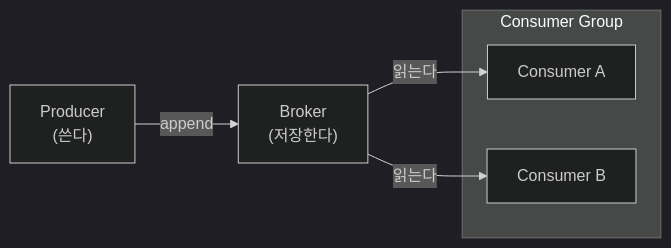
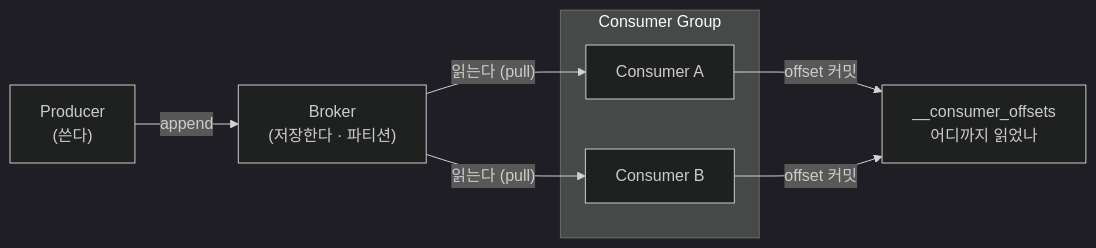
The third of 3 diagrams in docs/book/1-internals/01-what-is-kafka.md (ghtjr410/kafka-lab), drawn with Mermaid (dark theme) before and after one commit. The commit also changed other lines of this file and 2 other files, not shown here.

First line of the commit message:
docs: offset 커밋-흐름 다이어그램 3장 + 05 §5.1 재구조화

````diff
--- a/docs/book/1-internals/01-what-is-kafka.md
+++ b/docs/book/1-internals/01-what-is-kafka.md
@@ -94,10 +94,12 @@
 ```mermaid
 graph LR
-    P["Producer<br/>(쓴다)"] -->|append| B["Broker<br/>(저장한다)"]
-    B -->|읽는다| C1["Consumer A"]
-    B -->|읽는다| C2["Consumer B"]
+    P["Producer<br/>(쓴다)"] -->|append| B["Broker<br/>(저장한다 · 파티션)"]
+    B -->|"읽는다 (pull)"| C1["Consumer A"]
+    B -->|"읽는다 (pull)"| C2["Consumer B"]
+    C1 -->|"offset 커밋"| O["__consumer_offsets<br/>어디까지 읽었나"]
+    C2 -->|"offset 커밋"| O
     subgraph CG["Consumer Group"]
         C1
         C2
     end
 ```
````
